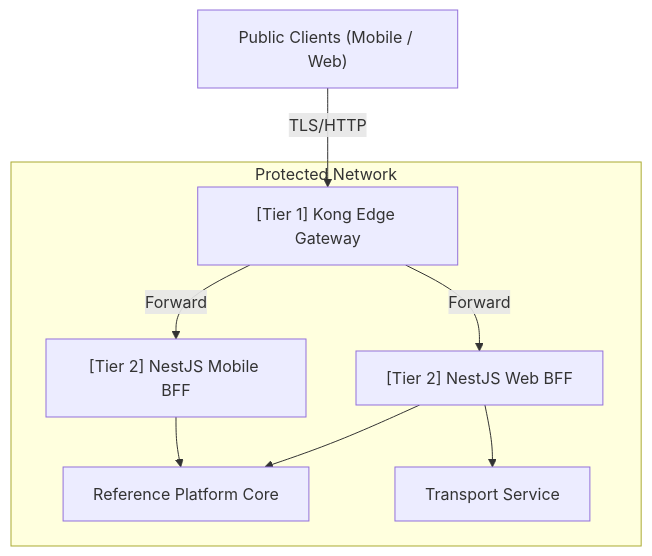
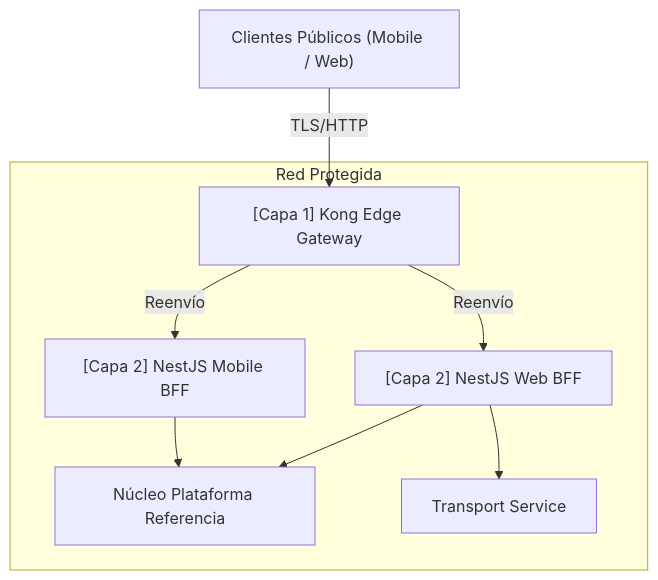
Before and after one commit to beyondnetcode/arc32_progresive_monolith: the diagram in arc-corporate-ws/corporate-standards-es/02-adrs/core/0030-api-gateway-kong-vs-nestjs.md, drawn with Mermaid. The commit also changed other lines of this file and 89 other files, not shown here.

````diff
--- a/arc-corporate-ws/corporate-standards-es/02-adrs/core/0030-api-gateway-kong-vs-nestjs.md
+++ b/arc-corporate-ws/corporate-standards-es/02-adrs/core/0030-api-gateway-kong-vs-nestjs.md
@@ -20,13 +20,13 @@
 ```mermaid
 graph TD
-    U["Public Clients (Mobile / Web)"] -->|TLS/HTTP| K["[Tier 1] Kong Edge Gateway"]
+    U["Clientes Públicos (Mobile / Web)"] -->|TLS/HTTP| K["[Capa 1] Kong Edge Gateway"]
     
-    subgraph SecureCluster["Protected Network"]
-        K -->|Forward| W["[Tier 2] NestJS Web BFF"]
-        K -->|Forward| M["[Tier 2] NestJS Mobile BFF"]
+    subgraph SecureCluster["Red Protegida"]
+        K -->|Reenvío| W["[Capa 2] NestJS Web BFF"]
+        K -->|Reenvío| M["[Capa 2] NestJS Mobile BFF"]
         
-        W --> API["Reference Platform Core"]
+        W --> API["Núcleo Plataforma Referencia"]
         W --> TMS["Transport Service"]
         M --> API
     end
 ```
````
